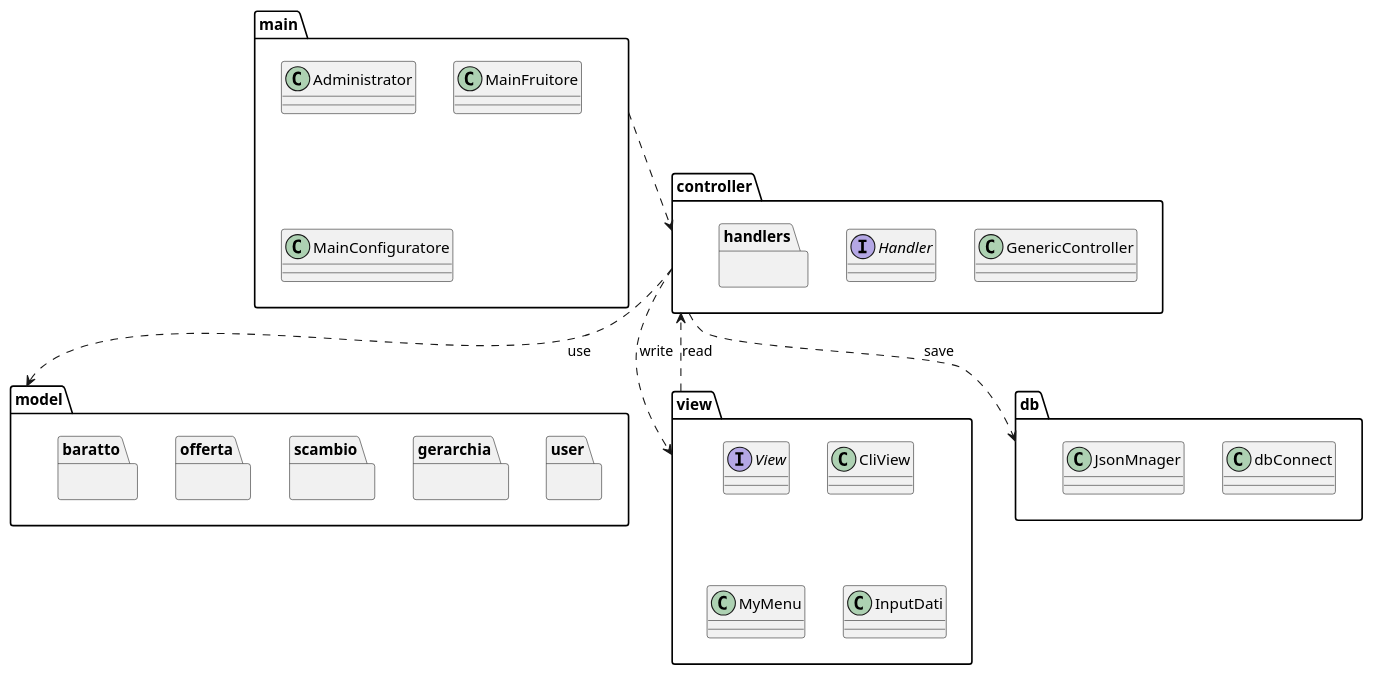
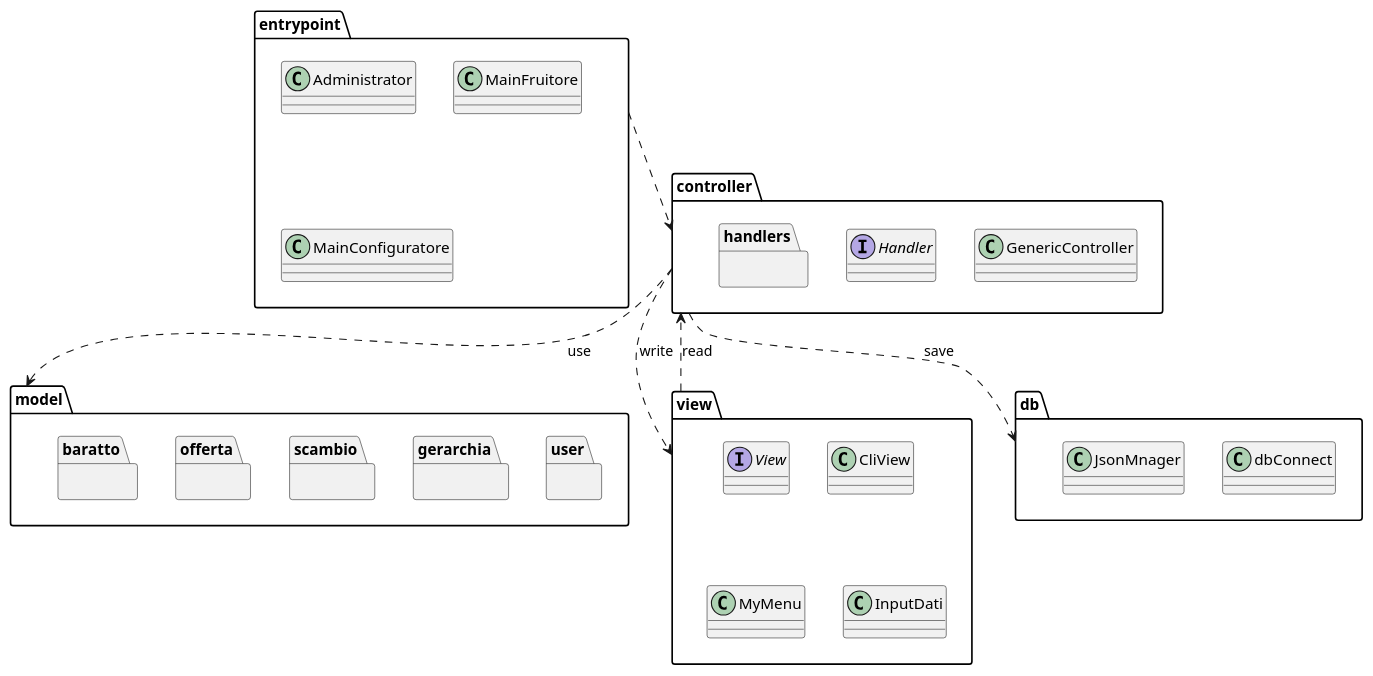
The diagram in Documentation/refactoring/mvc/package.puml (bernagit/IngegneriaSoftware), drawn with PlantUML before and after one commit. The commit also changed 5 other files, not shown here.

```diff
--- a/Documentation/refactoring/mvc/package.puml
+++ b/Documentation/refactoring/mvc/package.puml
@@ -1,43 +1,43 @@
 @startuml package
 
 package controller {
     package handlers {}
     class GenericController {}
     interface Handler {}
 
 }
 
 package model {
     package user {}
     package gerarchia{}
     package scambio {}
     package offerta {}
     package baratto {}
 }
 
 package view {
     interface View{}
     class CliView{}
     class MyMenu{}
     class InputDati{}
 }
 
 package db {
     class dbConnect{}
     class JsonMnager{}
 }
 
-package main {
+package entrypoint {
     class Administrator{}
     class MainFruitore{}
     class MainConfiguratore{}
 }
 
-main ..> controller 
+entrypoint ..> controller
 controller ..> model : use
 controller ..> db : save
 controller ..> view : write
 view ..> controller : read
 
 
 @enduml
```
